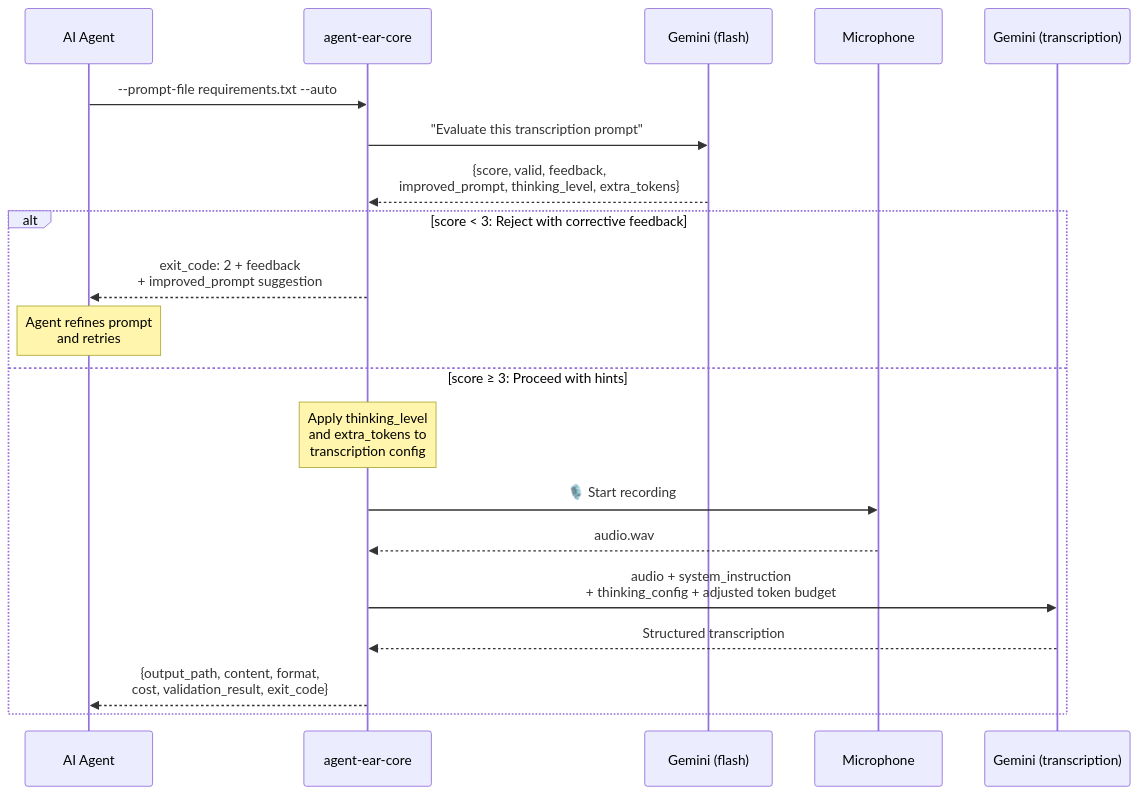
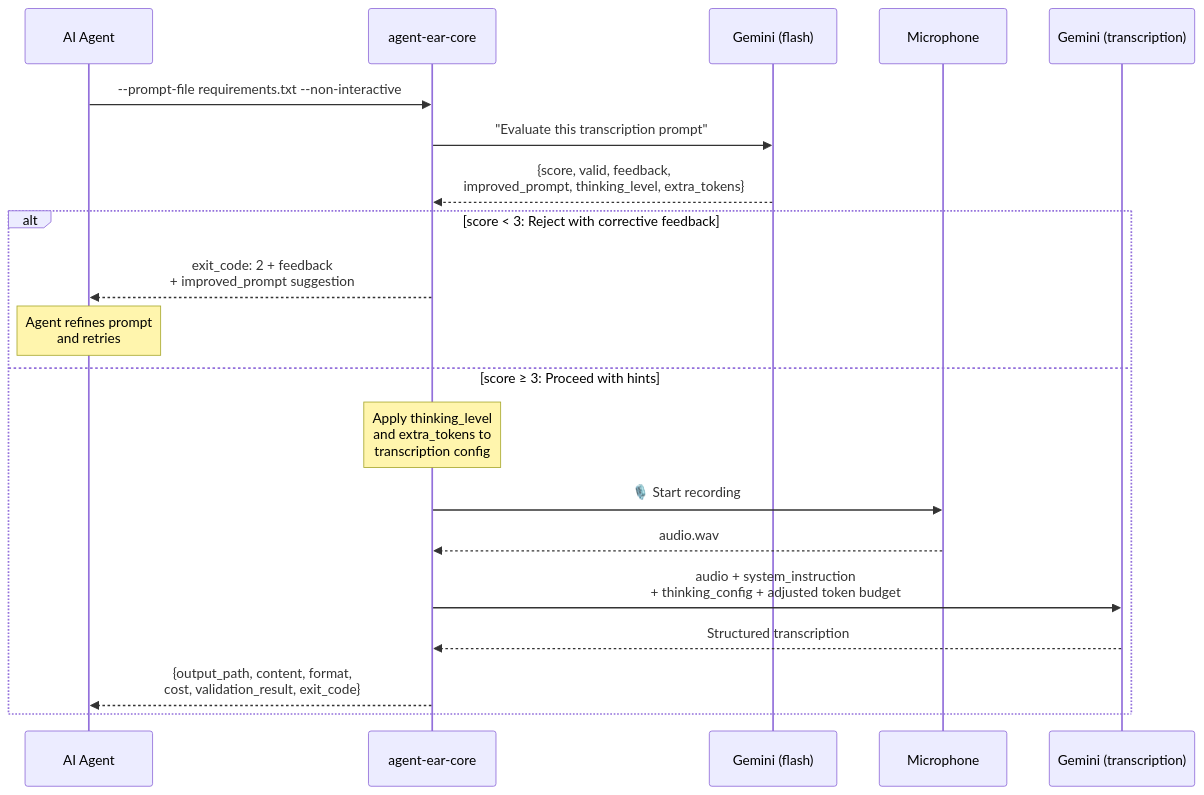
Before and after one commit to Aurelian-Shuttleworth/agent-ear: the third of 6 diagrams in docs/explanation/architecture.md, drawn with Mermaid. The commit also changed other lines of this file and 28 other files, not shown here.

First line of the commit message:
refactor: rename --auto to --non-interactive + enhance TTY detection

````diff
--- a/docs/explanation/architecture.md
+++ b/docs/explanation/architecture.md
@@ -86,26 +86,26 @@
 ```mermaid
 sequenceDiagram
     participant Agent as AI Agent
     participant Ear as agent-ear-core
     participant Judge as Gemini (flash)
     participant Mic as Microphone
     participant Trans as Gemini (transcription)
 
-    Agent->>Ear: --prompt-file requirements.txt --auto
+    Agent->>Ear: --prompt-file requirements.txt --non-interactive
 
     %% Validation phase — judge evaluates AND improves
     Ear->>Judge: "Evaluate this transcription prompt"
     Judge-->>Ear: {score, valid, feedback,<br/>improved_prompt, thinking_level, extra_tokens}
 
     alt score < 3: Reject with corrective feedback
         Ear-->>Agent: exit_code: 2 + feedback<br/>+ improved_prompt suggestion
         Note over Agent: Agent refines prompt<br/>and retries
     else score ≥ 3: Proceed with hints
         Note over Ear: Apply thinking_level<br/>and extra_tokens to<br/>transcription config
         Ear->>Mic: 🎙️ Start recording
         Mic-->>Ear: audio.wav
         Ear->>Trans: audio + system_instruction<br/>+ thinking_config + adjusted token budget
         Trans-->>Ear: Structured transcription
         Ear-->>Agent: {output_path, content, format,<br/>cost, validation_result, exit_code}
     end
 ```
````
